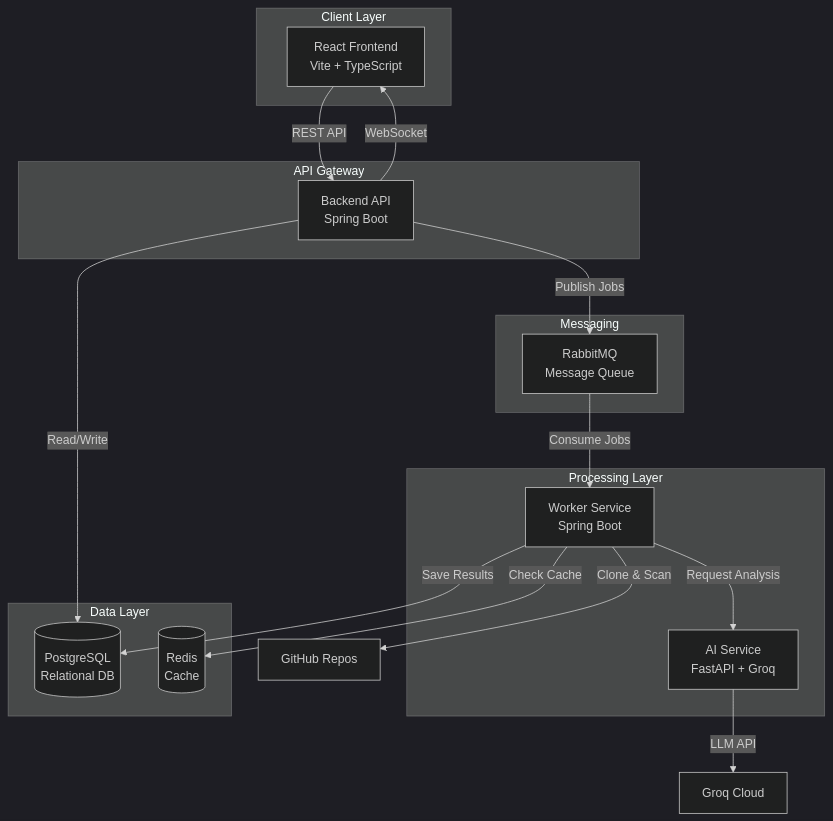
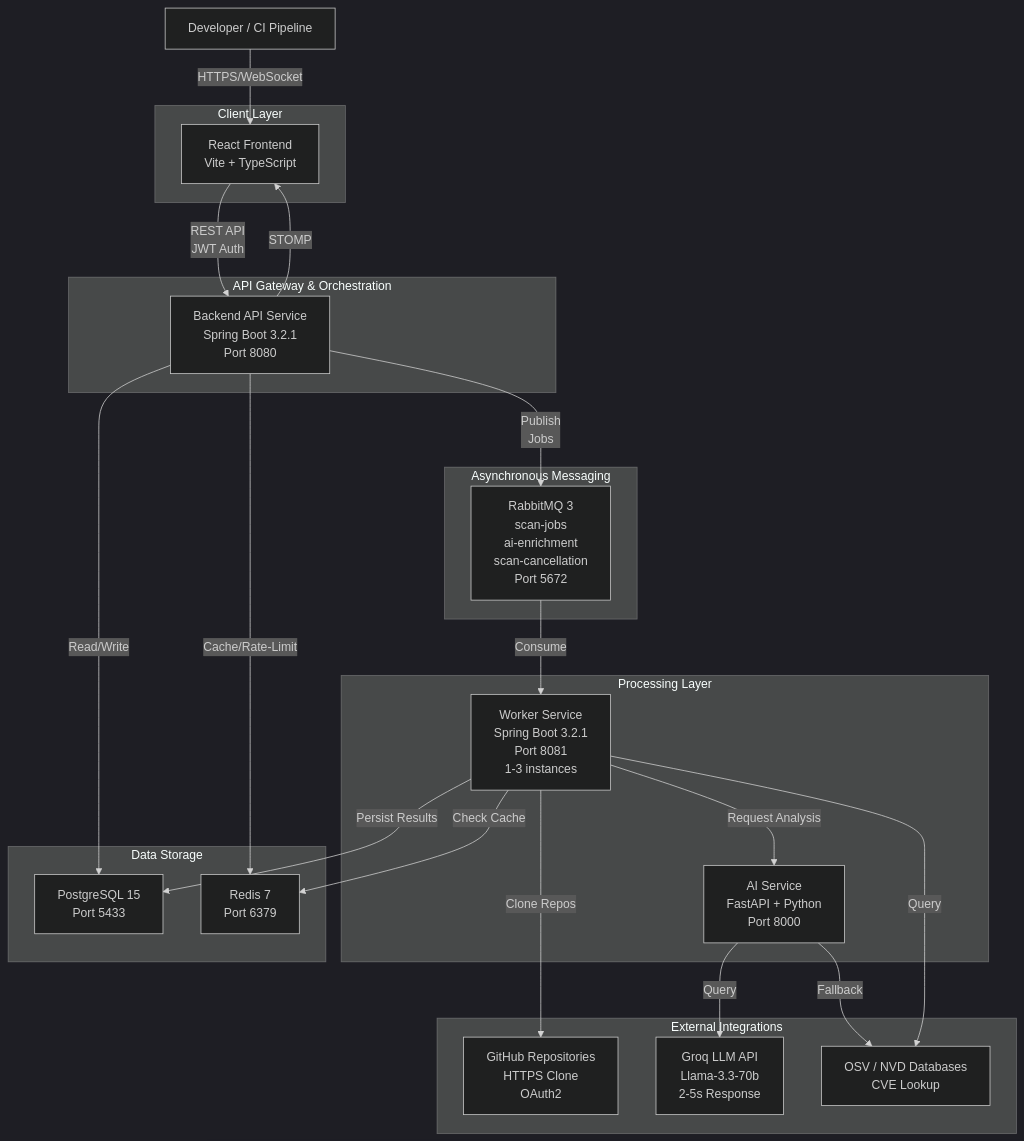
The diagram in README.md (Sanjai-Quest/DevSecWatch), drawn with Mermaid (dark theme) before and after one commit. The commit also changed other lines of this file and 71 other files, not shown here.

````diff
--- a/README.md
+++ b/README.md
@@ -102,35 +174,50 @@
 ```mermaid
 graph TB
+    User[Developer / CI Pipeline]
+    
     subgraph "Client Layer"
-        A[React Frontend<br/>Vite + TypeScript]
+        Frontend[React Frontend<br/>Vite + TypeScript]
     end
     
-    subgraph "API Gateway"
-        B[Backend API<br/>Spring Boot]
+    subgraph "API Gateway & Orchestration"
+        BackendAPI[Backend API Service<br/>Spring Boot 3.2.1<br/>Port 8080]
+    end
+    
+    subgraph "Asynchronous Messaging"
+        RabbitMQ["RabbitMQ 3<br/>scan-jobs<br/>ai-enrichment<br/>scan-cancellation<br/>Port 5672"]
     end
     
     subgraph "Processing Layer"
-        C[Worker Service<br/>Spring Boot]
-        D[AI Service<br/>FastAPI + Groq]
+        Worker["Worker Service<br/>Spring Boot 3.2.1<br/>Port 8081<br/>1-3 instances"]
+        AIService["AI Service<br/>FastAPI + Python<br/>Port 8000"]
     end
     
-    subgraph "Data Layer"
-        E[(PostgreSQL<br/>Relational DB)]
-        F[(Redis<br/>Cache)]
+    subgraph "Data Storage"
+        DB["PostgreSQL 15<br/>Port 5433"]
+        Redis["Redis 7<br/>Port 6379"]
     end
     
-    subgraph "Messaging"
-        G[RabbitMQ<br/>Message Queue]
+    subgraph "External Integrations"
+        GitHub["GitHub Repositories<br/>HTTPS Clone<br/>OAuth2"]
+        GroqAPI["Groq LLM API<br/>Llama-3.3-70b<br/>2-5s Response"]
+        OSV_NVD["OSV / NVD Databases<br/>CVE Lookup"]
     end
     
-    A -->|REST API| B
-    B -->|Publish Jobs| G
-    B -->|Read/Write| E
-    G -->|Consume Jobs| C
-    C -->|Clone & Scan| H[GitHub Repos]
-    C -->|Request Analysis| D
-    C -->|Check Cache| F
-    C -->|Save Results| E
-    D -->|LLM API| I[Groq Cloud]
-    B -->|WebSocket| A
+    User -->|HTTPS/WebSocket| Frontend
+    Frontend -->|REST API<br/>JWT Auth| BackendAPI
+    BackendAPI -->|Publish<br/>Jobs| RabbitMQ
+    BackendAPI -->|Read/Write| DB
+    BackendAPI -->|Cache/Rate-Limit| Redis
+    BackendAPI -->|STOMP| Frontend
+    
+    RabbitMQ -->|Consume| Worker
+    Worker -->|Clone Repos| GitHub
+    Worker -->|Check Cache| Redis
+    Worker -->|Persist Results| DB
+    Worker -->|Request Analysis| AIService
+    
+    AIService -->|Query| GroqAPI
+    AIService -->|Fallback| OSV_NVD
+    
+    Worker -->|Query| OSV_NVD
 ```
````
